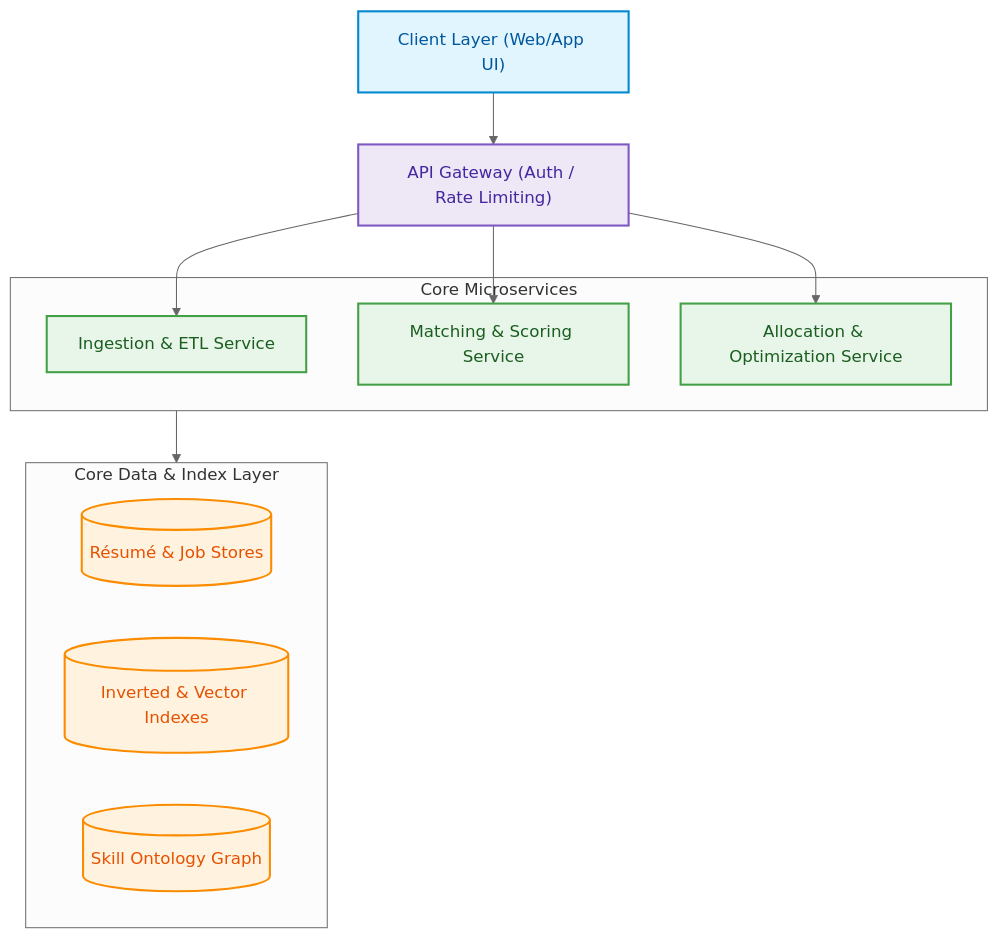
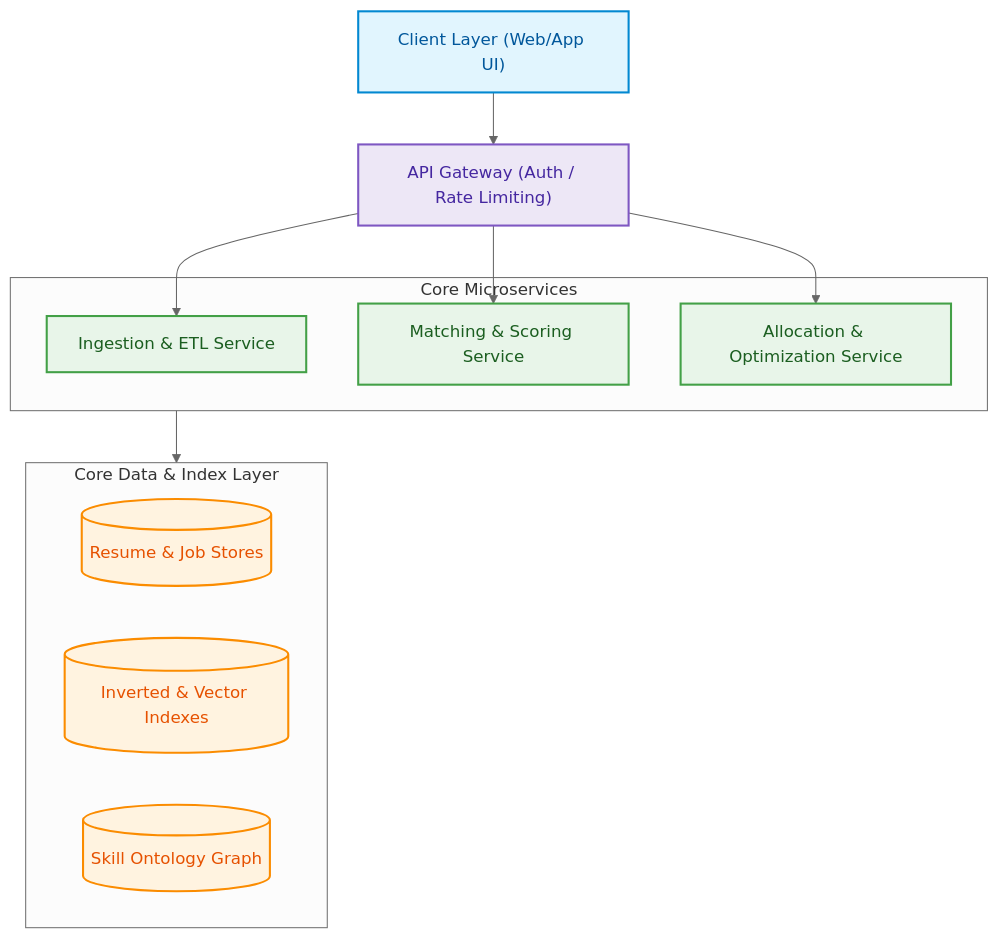
One commit to tejaswin-amara/Resume_Job_Matching_Talent_Marketplace_Engine changed the diagram in README.md. Above: the diagram before and after it, drawn with Mermaid (neutral theme). The commit also changed other lines of this file and 12 other files, not shown here.

````diff
--- a/README.md
+++ b/README.md
@@ -75,26 +75,26 @@
 ```mermaid
 flowchart TD
     classDef client fill:#E1F5FE,stroke:#0288D1,stroke-width:2px,color:#01579B;
     classDef gateway fill:#EDE7F6,stroke:#7E57C2,stroke-width:2px,color:#4527A0;
     classDef service fill:#E8F5E9,stroke:#43A047,stroke-width:2px,color:#1B5E20;
     classDef data fill:#FFF3E0,stroke:#FB8C00,stroke-width:2px,color:#E65100;
     
     UI_Client["Client Layer (Web/App UI)"]:::client
     Gateway["API Gateway (Auth / Rate Limiting)"]:::gateway
     
     subgraph Core_Services ["Core Microservices"]
         Ingestion_Svc["Ingestion & ETL Service"]:::service
         Matching_Svc["Matching & Scoring Service"]:::service
         Allocation_Svc["Allocation & Optimization Service"]:::service
     end
     
     subgraph Storage_Layer ["Core Data & Index Layer"]
-        Docs[("Résumé & Job Stores")]:::data
+        Docs[("Resume & Job Stores")]:::data
         Indexes[("Inverted & Vector Indexes")]:::data
         Graph[("Skill Ontology Graph")]:::data
     end
     
     UI_Client --> Gateway
     Gateway --> Ingestion_Svc & Matching_Svc & Allocation_Svc
     Core_Services --> Storage_Layer
 ```
````
